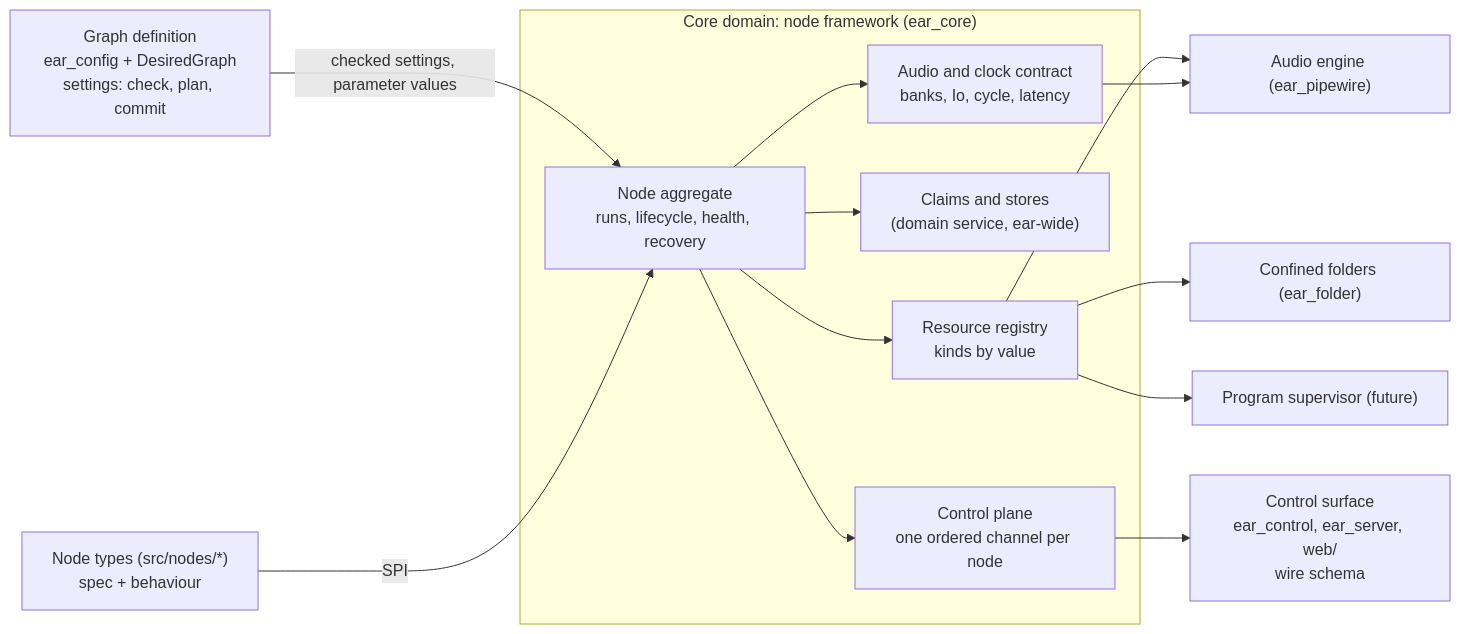
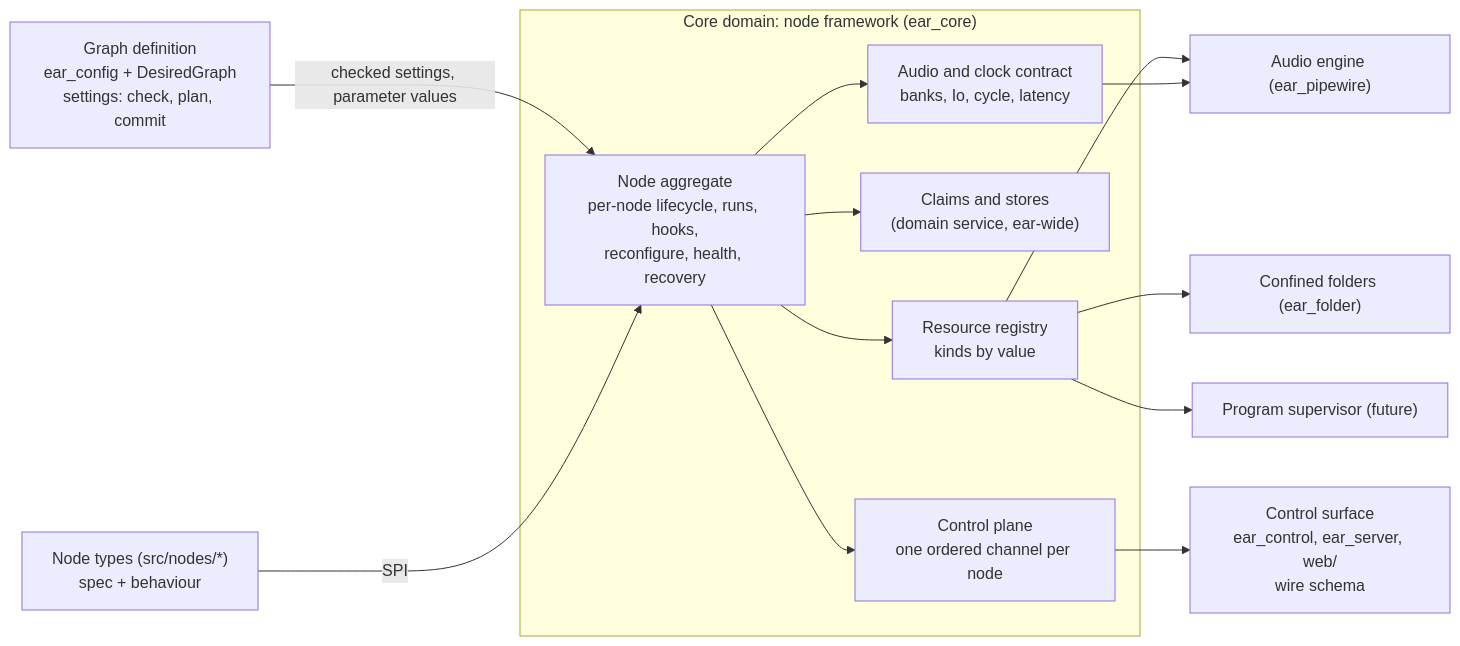
The first of 4 diagrams in docs/design/node-framework.md (mcurcio/ear), drawn with Mermaid before and after one commit. The commit also changed other lines of this file and 2 other files, not shown here.

First line of the commit message:
docs(design): per-node lifecycle, reconfigure in place and companion nodes

````diff
--- a/docs/design/node-framework.md
+++ b/docs/design/node-framework.md
@@ -107,24 +154,24 @@
 ```mermaid
 flowchart LR
   GD["Graph definition<br/>ear_config + DesiredGraph<br/>settings: check, plan, commit"]
   subgraph Core["Core domain: node framework (ear_core)"]
-    NF["Node aggregate<br/>runs, lifecycle, health, recovery"]
+    NF["Node aggregate<br/>per-node lifecycle, runs, hooks,<br/>reconfigure, health, recovery"]
     REG["Resource registry<br/>kinds by value"]
     CLM["Claims and stores<br/>(domain service, ear-wide)"]
     CP["Control plane<br/>one ordered channel per node"]
     AU["Audio and clock contract<br/>banks, Io, cycle, latency"]
   end
   T["Node types (src/nodes/*)<br/>spec + behaviour"]
   PW["Audio engine (ear_pipewire)"]
   FS["Confined folders (ear_folder)"]
   PS["Program supervisor (future)"]
   WIRE["Control surface<br/>ear_control, ear_server, web/<br/>wire schema"]
   GD -- "checked settings, parameter values" --> NF
   T -- "SPI" --> NF
   NF --> REG --> PW
   REG --> FS
   REG --> PS
   NF --> CLM
   NF --> CP --> WIRE
   NF --> AU --> PW
 ```
````
